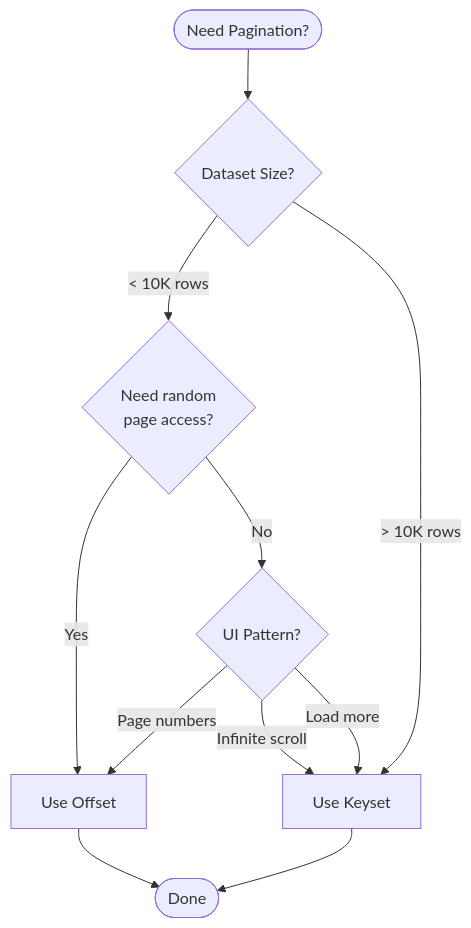
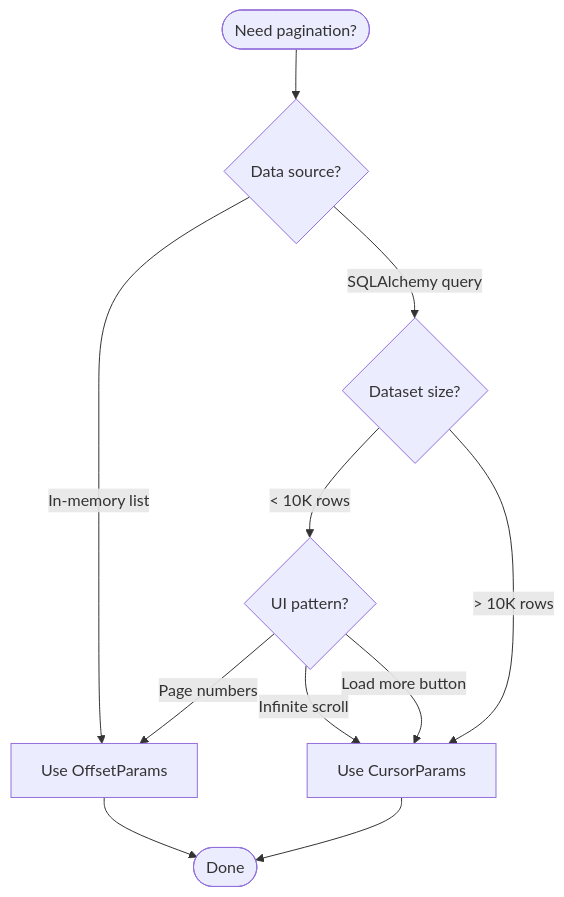
The diagram in docs/concepts/pagination-strategies.md (CybLow/paginate), drawn with Mermaid before and after one commit. The commit also changed other lines of this file and 427 other files, not shown here.

First line of the commit message:
feat: v0.2.0 architecture refactor — security, performance, DX, docs (#10)

````diff
--- a/docs/concepts/pagination-strategies.md
+++ b/docs/concepts/pagination-strategies.md
@@ -233,17 +161,17 @@
 ```{mermaid}
 flowchart TD
-    Start([Need Pagination?]) --> Size{Dataset Size?}
-    
-    Size -->|"< 10K rows"| Random{Need random<br/>page access?}
-    Size -->|"> 10K rows"| Keyset[Use Keyset]
-    
-    Random -->|Yes| Offset[Use Offset]
-    Random -->|No| UI{UI Pattern?}
-    
+    Start([Need pagination?]) --> Source{Data source?}
+
+    Source -->|In-memory list| Offset["Use OffsetParams"]
+    Source -->|SQLAlchemy query| Size{Dataset size?}
+
+    Size -->|"< 10K rows"| UI{UI pattern?}
+    Size -->|"> 10K rows"| Cursor["Use CursorParams"]
+
     UI -->|Page numbers| Offset
-    UI -->|Infinite scroll| Keyset
-    UI -->|Load more| Keyset
-    
+    UI -->|Infinite scroll| Cursor
+    UI -->|Load more button| Cursor
+
     Offset --> Done([Done])
-    Keyset --> Done
+    Cursor --> Done
 ```
````
